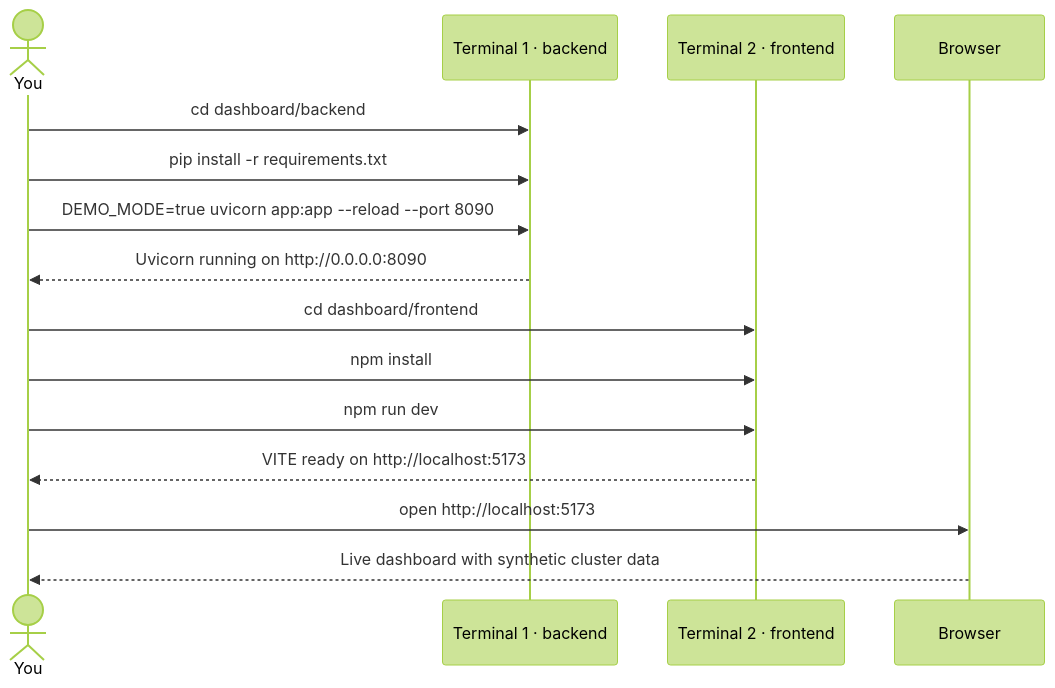
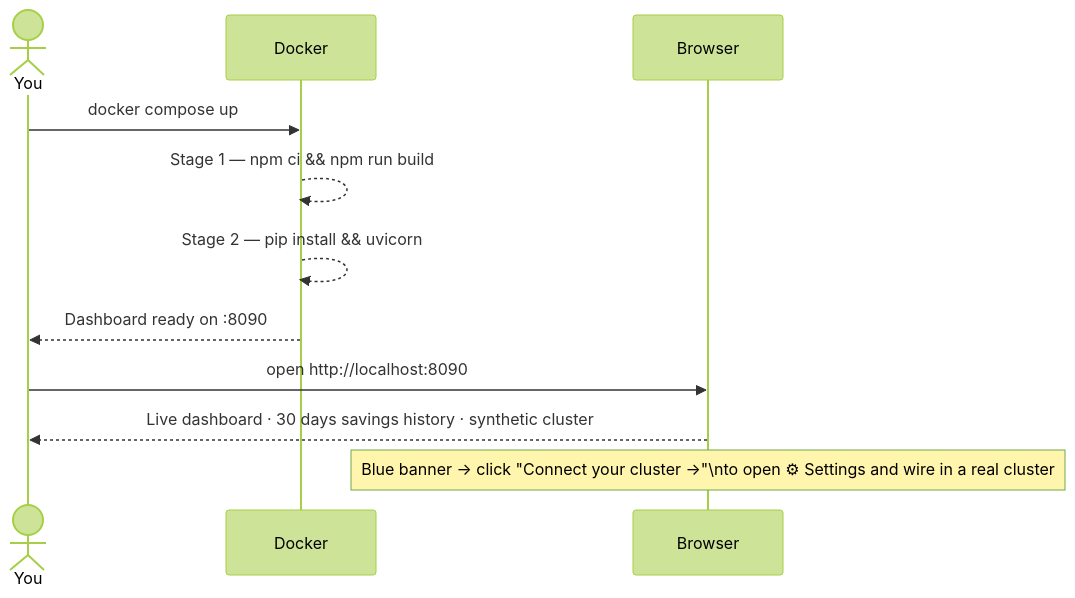
Before and after one commit to sriaratragada/Dynamic-Predictive-FinOps-Cluster-Down-Scaler: the second of 5 diagrams in SETUP.md, drawn with Mermaid (forest theme). The commit also changed other lines of this file and 2 other files, not shown here.

````diff
--- a/SETUP.md
+++ b/SETUP.md
@@ -55,20 +58,14 @@
 ```mermaid
 sequenceDiagram
   actor You
-  participant T1 as Terminal 1 · backend
-  participant T2 as Terminal 2 · frontend
+  participant D as Docker
   participant B as Browser
 
-  You->>T1: cd dashboard/backend
-  You->>T1: pip install -r requirements.txt
-  You->>T1: DEMO_MODE=true uvicorn app:app --reload --port 8090
-  T1-->>You: Uvicorn running on http://0.0.0.0:8090
-
-  You->>T2: cd dashboard/frontend
-  You->>T2: npm install
-  You->>T2: npm run dev
-  T2-->>You: VITE ready on http://localhost:5173
-
-  You->>B: open http://localhost:5173
-  B-->>You: Live dashboard with synthetic cluster data
+  You->>D: docker compose up
+  D-->>D: Stage 1 — npm ci && npm run build
+  D-->>D: Stage 2 — pip install && uvicorn
+  D-->>You: Dashboard ready on :8090
+  You->>B: open http://localhost:8090
+  B-->>You: Live dashboard · 30 days savings history · synthetic cluster
+  Note over B: Blue banner → click "Connect your cluster →"\nto open ⚙ Settings and wire in a real cluster
 ```
````
